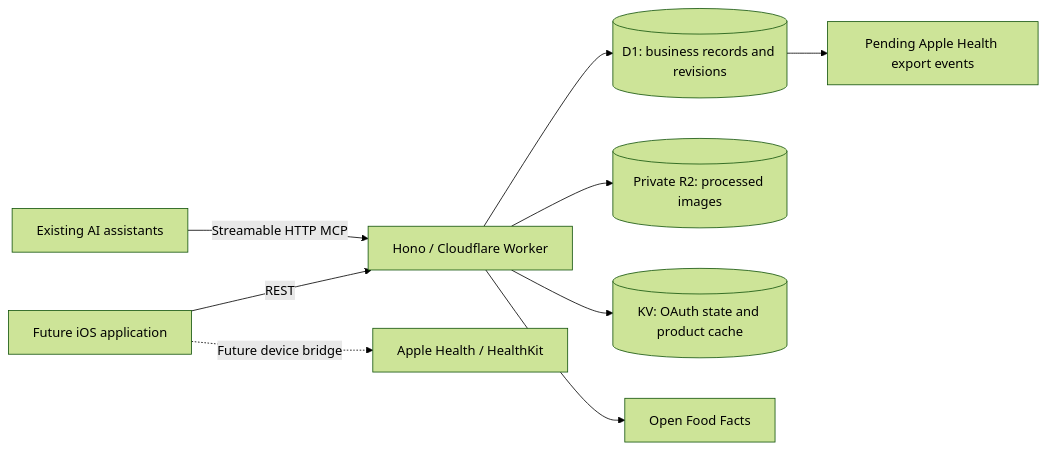
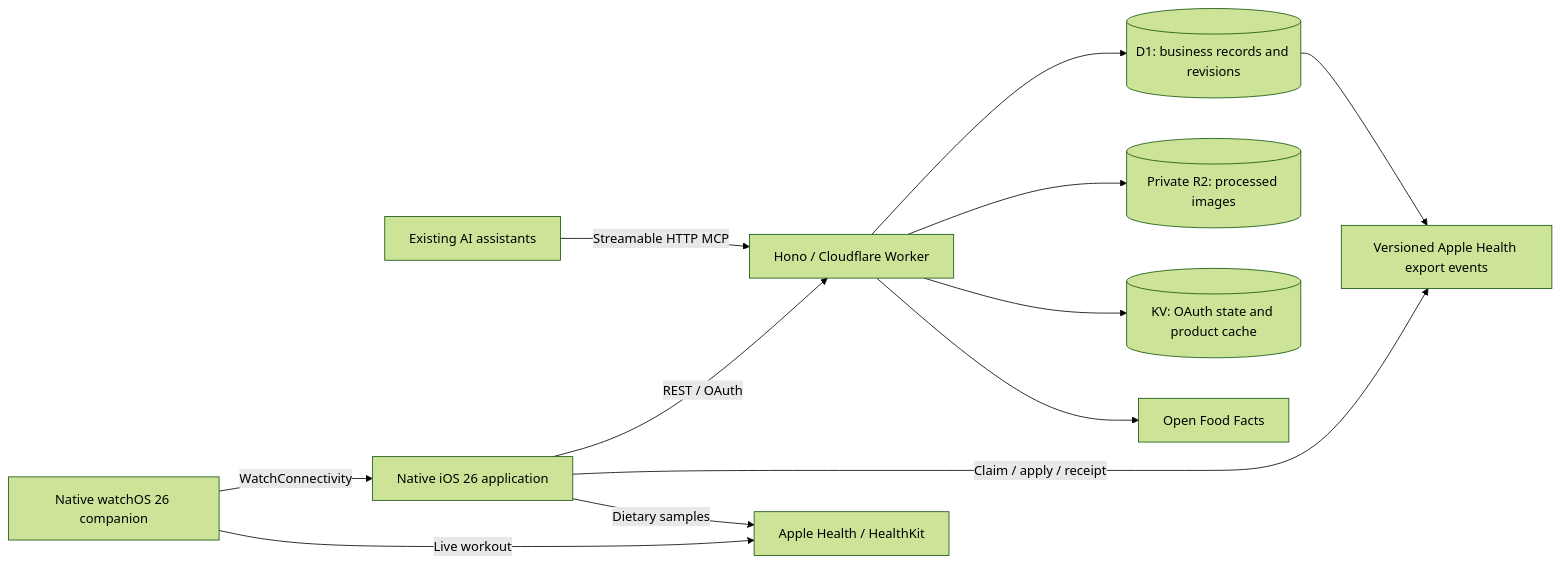
Before and after one commit to wh5938316/open-fitness: the diagram in README.md, drawn with Mermaid (forest theme). The commit also changed other lines of this file and 69 other files, not shown here.

First line of the commit message:
feat(apple): add native iPhone and Apple Watch clients

````diff
--- a/README.md
+++ b/README.md
@@ -11,11 +11,14 @@
 ```mermaid
 flowchart LR
   Bots[Existing AI assistants] -->|Streamable HTTP MCP| Worker[Hono / Cloudflare Worker]
-  Native[Future iOS application] -->|REST| Worker
+  Native[Native iOS 26 application] -->|REST / OAuth| Worker
+  Watch[Native watchOS 26 companion] -->|WatchConnectivity| Native
   Worker --> D1[(D1: business records and revisions)]
   Worker --> R2[(Private R2: processed images)]
   Worker --> KV[(KV: OAuth state and product cache)]
   Worker --> OFF[Open Food Facts]
-  D1 --> Outbox[Pending Apple Health export events]
-  Native -. Future device bridge .-> Health[Apple Health / HealthKit]
+  D1 --> Outbox[Versioned Apple Health export events]
+  Native -->|Claim / apply / receipt| Outbox
+  Native -->|Dietary samples| Health[Apple Health / HealthKit]
+  Watch -->|Live workout| Health
 ```
````
